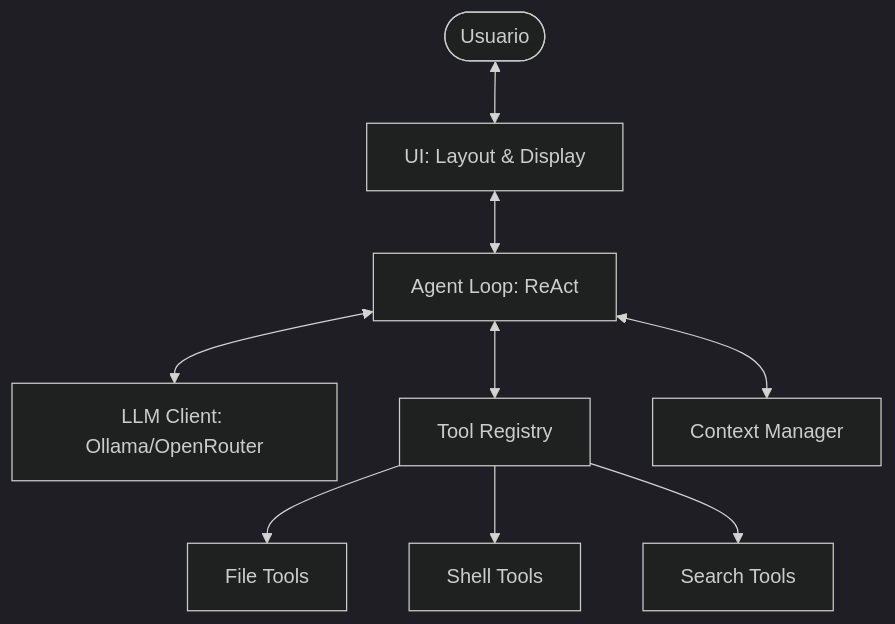
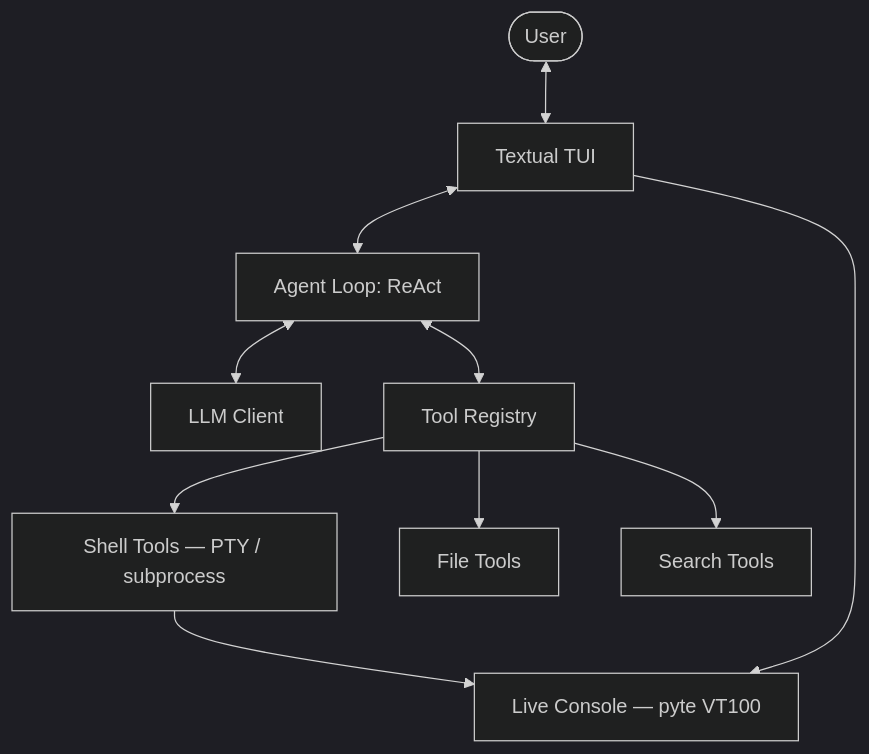
Before and after one commit to tuki-labs/tukicode: the diagram in README.md, drawn with Mermaid (dark theme). The commit also changed other lines of this file, not shown here.

Commit message:
docs: rewrite README for v1.2.0 — cross-platform install, commands, architecture, build instructions

````diff
--- a/README.md
+++ b/README.md
@@ -54,11 +147,12 @@
 ```mermaid
 graph TD
-    User([Usuario]) <--> UI[UI: Layout & Display]
-    UI <--> Loop[Agent Loop: ReAct]
-    Loop <--> Client[LLM Client: Ollama/OpenRouter]
+    User([User]) <--> TUI[Textual TUI]
+    TUI <--> Loop[Agent Loop: ReAct]
+    Loop <--> Client[LLM Client]
     Loop <--> Registry[Tool Registry]
+    Registry --> Shell[Shell Tools — PTY / subprocess]
     Registry --> Files[File Tools]
-    Registry --> Shell[Shell Tools]
     Registry --> Search[Search Tools]
-    Loop <--> Context[Context Manager]
+    TUI --> Console[Live Console — pyte VT100]
+    Shell --> Console
 ```
````
